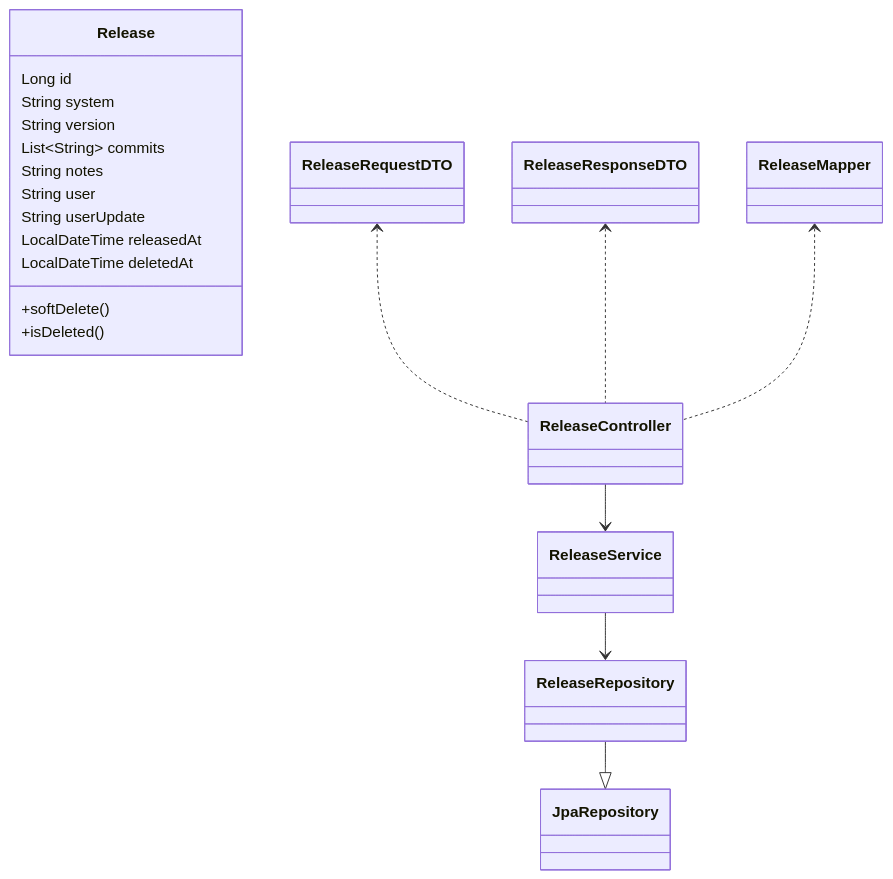
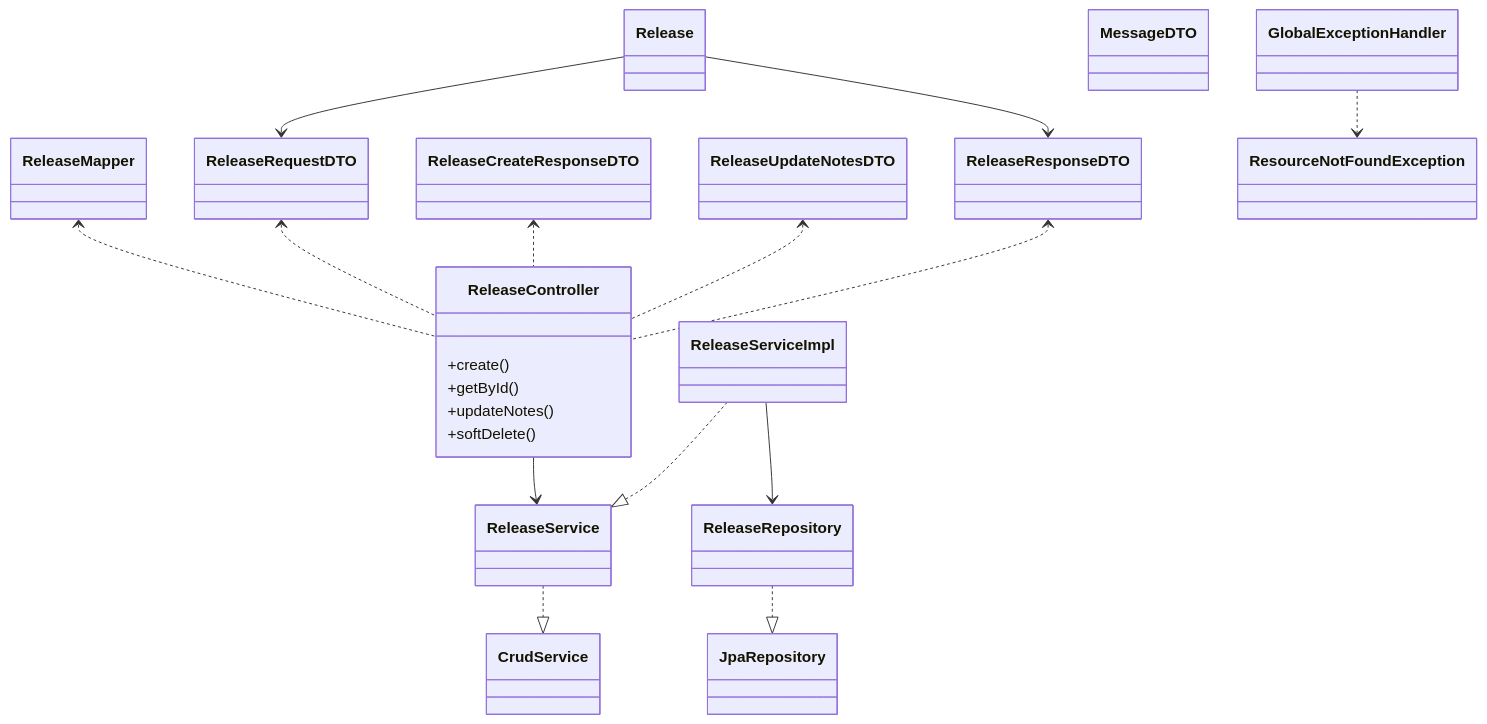
One commit to DarieldonMedeiros/releases changed the diagram in README.md. Above: the diagram before and after it, drawn with Mermaid. The commit also changed other lines of this file, not shown here.

````diff
--- a/README.md
+++ b/README.md
@@ -38,22 +38,36 @@
 ```mermaid
 classDiagram
-  class Release {
-    Long id
-    String system
-    String version
-    List~String~ commits
-    String notes
-    String user
-    String userUpdate
-    LocalDateTime releasedAt
-    LocalDateTime deletedAt
+  class ReleaseController {
+    +create()
+    +getById()
+    +updateNotes()
     +softDelete()
-    +isDeleted()
   }
-  ReleaseRepository --|> JpaRepository
-  ReleaseService --> ReleaseRepository
+  class ReleaseServiceImpl
+  class ReleaseService
+  class CrudService
+  class ReleaseRepository
+  class Release
+  class ReleaseRequestDTO
+  class ReleaseResponseDTO
+  class ReleaseCreateResponseDTO
+  class MessageDTO
+  class ReleaseUpdateNotesDTO
+  class ReleaseMapper
+  class GlobalExceptionHandler
+  class ResourceNotFoundException
+
   ReleaseController --> ReleaseService
+  ReleaseServiceImpl ..|> ReleaseService
+  ReleaseServiceImpl --> ReleaseRepository
+  ReleaseRepository ..|> JpaRepository
+  ReleaseService ..|> CrudService
+  ReleaseMapper <.. ReleaseController
   ReleaseRequestDTO <.. ReleaseController
+  ReleaseCreateResponseDTO <.. ReleaseController
+  ReleaseUpdateNotesDTO <.. ReleaseController
   ReleaseResponseDTO <.. ReleaseController
-  ReleaseMapper <.. ReleaseController
+  Release --> ReleaseRequestDTO
+  Release --> ReleaseResponseDTO
+  GlobalExceptionHandler ..> ResourceNotFoundException
 ```
````
